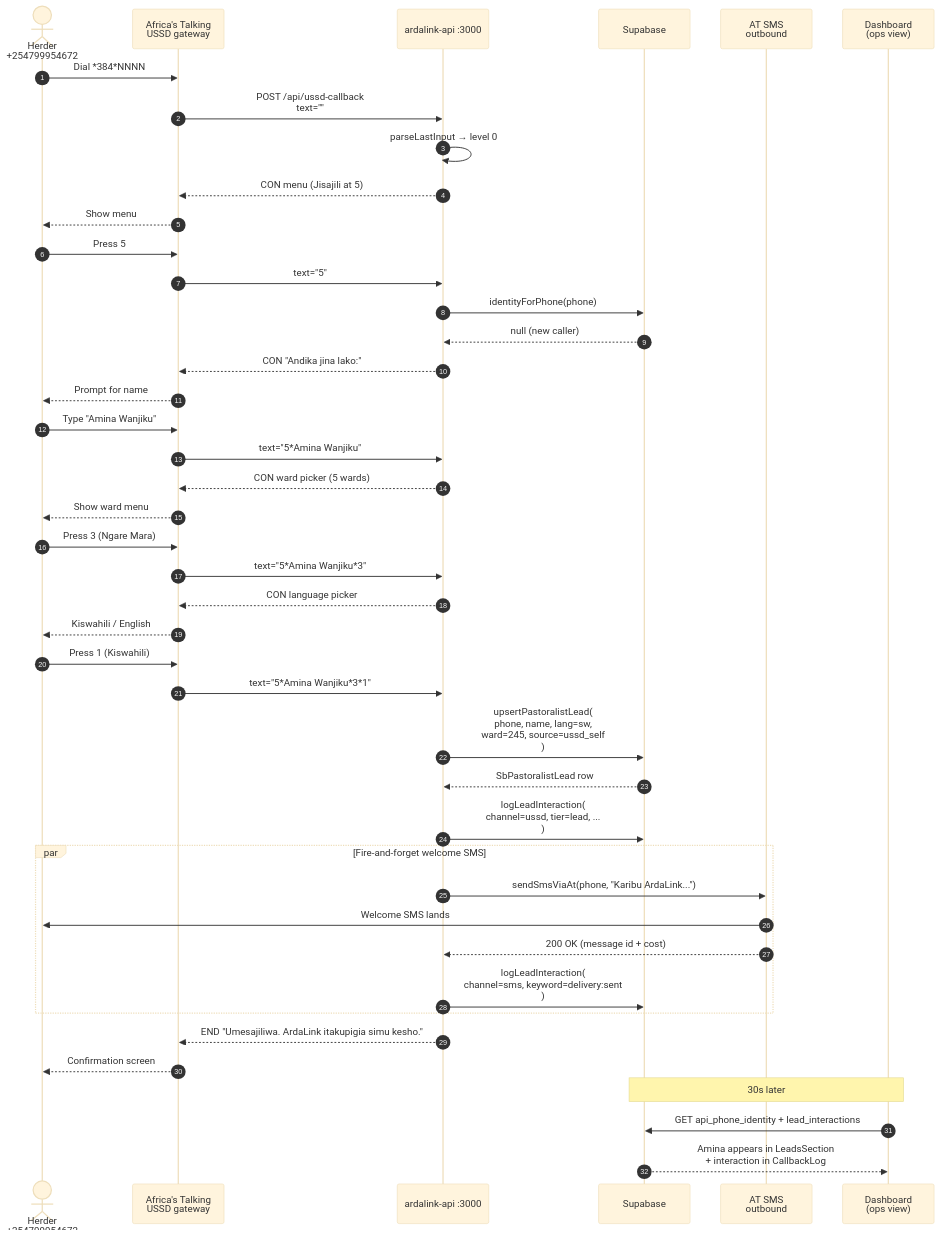
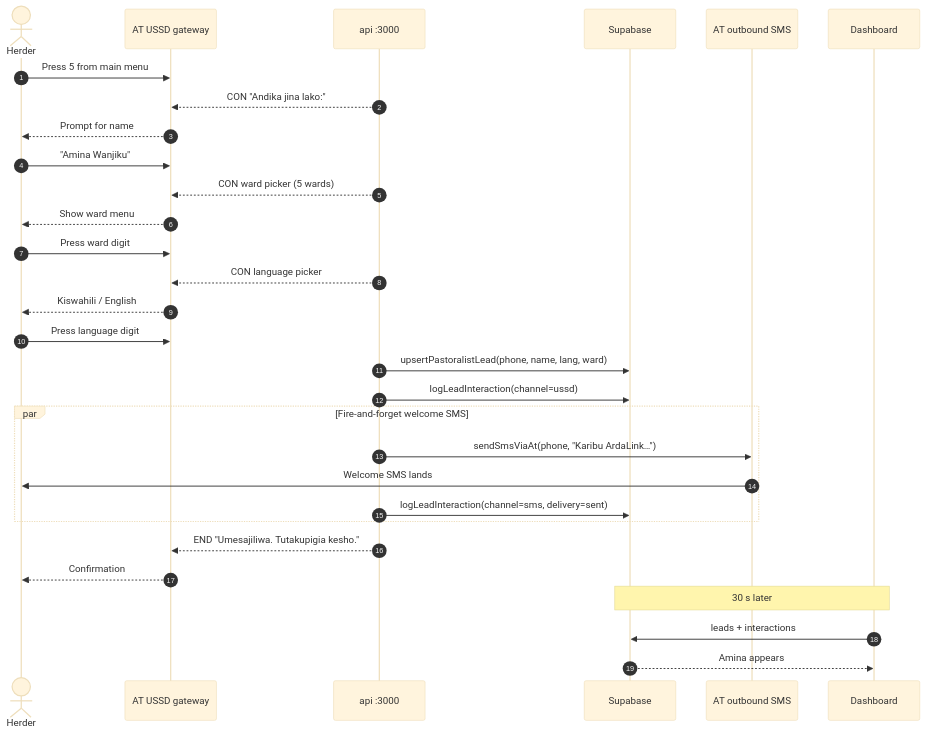
Before and after one commit to JHUB-AFRICA/arda-link-ai: the fourth of 18 diagrams in Arda-link-AI-Docs/system-diagrams.md, drawn with Mermaid (base theme). The commit also changed other lines of this file, not shown here.

First line of the commit message:
docs(diagrams): describe every flow, not just Jisajili

````diff
--- a/Arda-link-AI-Docs/system-diagrams.md
+++ b/Arda-link-AI-Docs/system-diagrams.md
@@ -108,53 +175,39 @@
 ```mermaid
 sequenceDiagram
     autonumber
-    actor H as Herder<br/>+254799954672
-    participant AT as Africa's Talking<br/>USSD gateway
-    participant API as ardalink-api :3000
+    actor H as Herder
+    participant AT as AT USSD gateway
+    participant API as api :3000
     participant SB as Supabase
-    participant SMS as AT SMS<br/>outbound
-    participant DASH as Dashboard<br/>(ops view)
+    participant SMS as AT outbound SMS
+    participant DASH as Dashboard
 
-    H->>AT: Dial *384*NNNN#
-    AT->>API: POST /api/ussd-callback<br/>text=""
-    API->>API: parseLastInput → level 0
-    API-->>AT: CON menu (Jisajili at 5)
-    AT-->>H: Show menu
-
-    H->>AT: Press 5
-    AT->>API: text="5"
-    API->>SB: identityForPhone(phone)
-    SB-->>API: null (new caller)
+    H->>AT: Press 5 from main menu
     API-->>AT: CON "Andika jina lako:"
     AT-->>H: Prompt for name
 
-    H->>AT: Type "Amina Wanjiku"
-    AT->>API: text="5*Amina Wanjiku"
+    H->>AT: "Amina Wanjiku"
     API-->>AT: CON ward picker (5 wards)
     AT-->>H: Show ward menu
 
-    H->>AT: Press 3 (Ngare Mara)
-    AT->>API: text="5*Amina Wanjiku*3"
+    H->>AT: Press ward digit
     API-->>AT: CON language picker
     AT-->>H: Kiswahili / English
 
-    H->>AT: Press 1 (Kiswahili)
-    AT->>API: text="5*Amina Wanjiku*3*1"
-    API->>SB: upsertPastoralistLead(<br/>phone, name, lang=sw,<br/>ward=245, source=ussd_self<br/>)
-    SB-->>API: SbPastoralistLead row
-    API->>SB: logLeadInteraction(<br/>channel=ussd, tier=lead, ...<br/>)
+    H->>AT: Press language digit
+    API->>SB: upsertPastoralistLead(phone, name, lang, ward)
+    API->>SB: logLeadInteraction(channel=ussd)
 
     par Fire-and-forget welcome SMS
-      API->>SMS: sendSmsViaAt(phone, "Karibu ArdaLink...")
+      API->>SMS: sendSmsViaAt(phone, "Karibu ArdaLink…")
       SMS->>H: Welcome SMS lands
-      SMS-->>API: 200 OK (message id + cost)
-      API->>SB: logLeadInteraction(<br/>channel=sms, keyword=delivery:sent<br/>)
+      API->>SB: logLeadInteraction(channel=sms, delivery=sent)
     end
 
-    API-->>AT: END "Umesajiliwa. ArdaLink itakupigia simu kesho."
-    AT-->>H: Confirmation screen
+    API-->>AT: END "Umesajiliwa. Tutakupigia kesho."
+    AT-->>H: Confirmation
 
-    Note over DASH,SB: 30s later
-    DASH->>SB: GET api_phone_identity + lead_interactions
-    SB-->>DASH: Amina appears in LeadsSection<br/>+ interaction in CallbackLog
+    Note over DASH,SB: 30 s later
+    DASH->>SB: leads + interactions
+    SB-->>DASH: Amina appears
 ```
````
